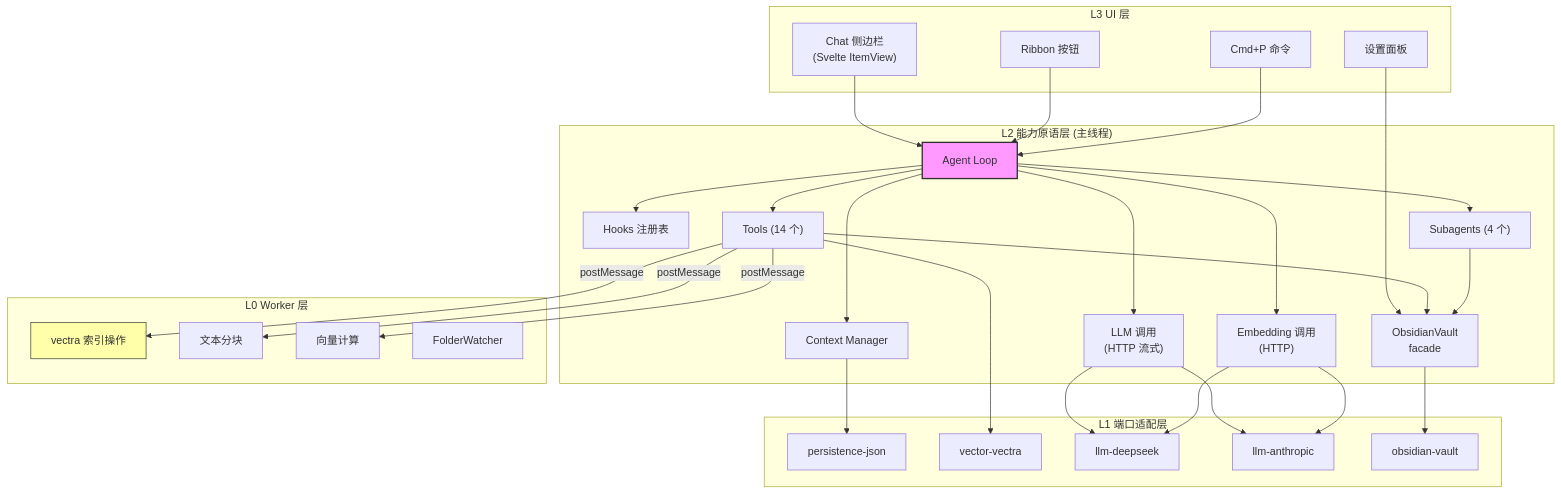
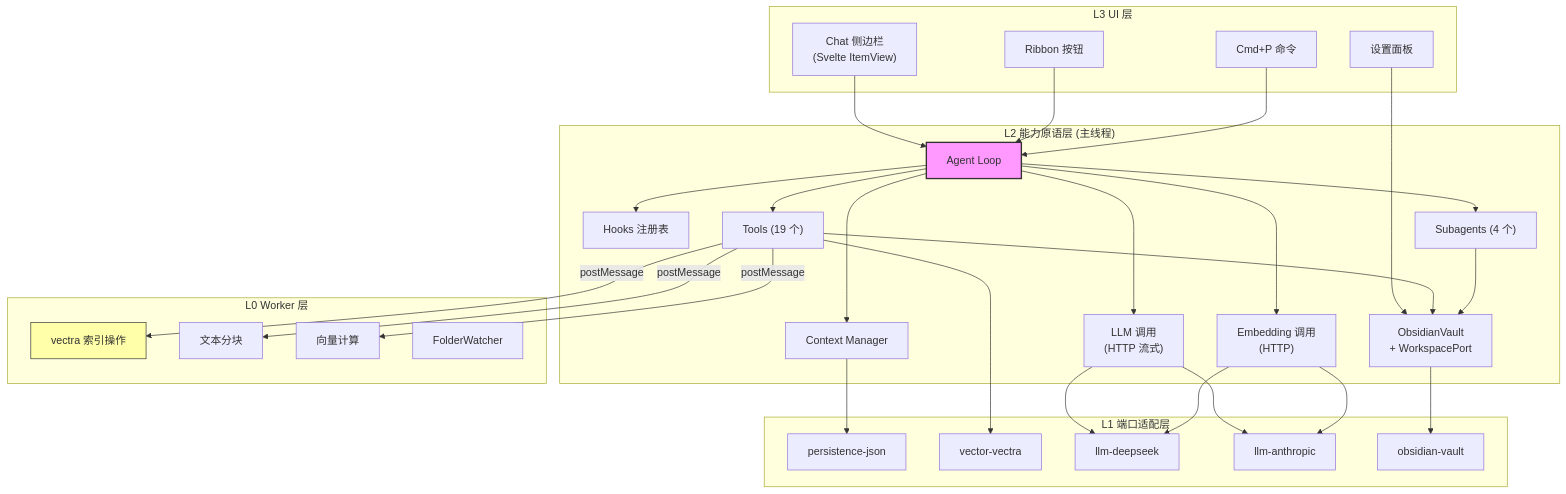
The second of 12 diagrams in docs/ARCHITECTURE.md (golddream-y/obsidian-ratel), drawn with Mermaid before and after one commit. The commit also changed other lines of this file and 40 other files, not shown here.

````diff
--- a/docs/ARCHITECTURE.md
+++ b/docs/ARCHITECTURE.md
@@ -76,64 +76,64 @@
 ```mermaid
 graph TB
     subgraph "L3 UI 层"
         L3A["Chat 侧边栏<br/>(Svelte ItemView)"]
         L3B["Ribbon 按钮"]
         L3C["Cmd+P 命令"]
         L3D["设置面板"]
     end
 
     subgraph "L2 能力原语层 (主线程)"
         L2A["Agent Loop"]
         L2B["Context Manager"]
         L2C["Hooks 注册表"]
-        L2D["Tools (14 个)"]
+        L2D["Tools (19 个)"]
         L2E["Subagents (4 个)"]
         L2F["LLM 调用<br/>(HTTP 流式)"]
         L2G["Embedding 调用<br/>(HTTP)"]
-        L2H["ObsidianVault<br/>facade"]
+        L2H["ObsidianVault<br/>+ WorkspacePort"]
     end
 
     subgraph "L1 端口适配层"
         L1A["persistence-json"]
         L1B["vector-vectra"]
         L1C["llm-deepseek"]
         L1D["llm-anthropic"]
         L1E["obsidian-vault"]
     end
 
     subgraph "L0 Worker 层"
         L0A["vectra 索引操作"]
         L0B["文本分块"]
         L0C["向量计算"]
         L0D["FolderWatcher"]
     end
 
     L3A --> L2A
     L3B --> L2A
     L3C --> L2A
     L3D --> L2H
 
     L2A --> L2B
     L2A --> L2C
     L2A --> L2D
     L2A --> L2E
     L2A --> L2F
     L2A --> L2G
     L2D --> L2H
     L2E --> L2H
 
     L2F --> L1C
     L2F --> L1D
     L2G --> L1C
     L2G --> L1D
     L2H --> L1E
     L2B --> L1A
     L2D --> L1B
 
     L2D -->|"postMessage"| L0A
     L2D -->|"postMessage"| L0B
     L2D -->|"postMessage"| L0C
 
     style L2A fill:#f9f,stroke:#333,stroke-width:2px
     style L0A fill:#ffa,stroke:#333
 ```
````
